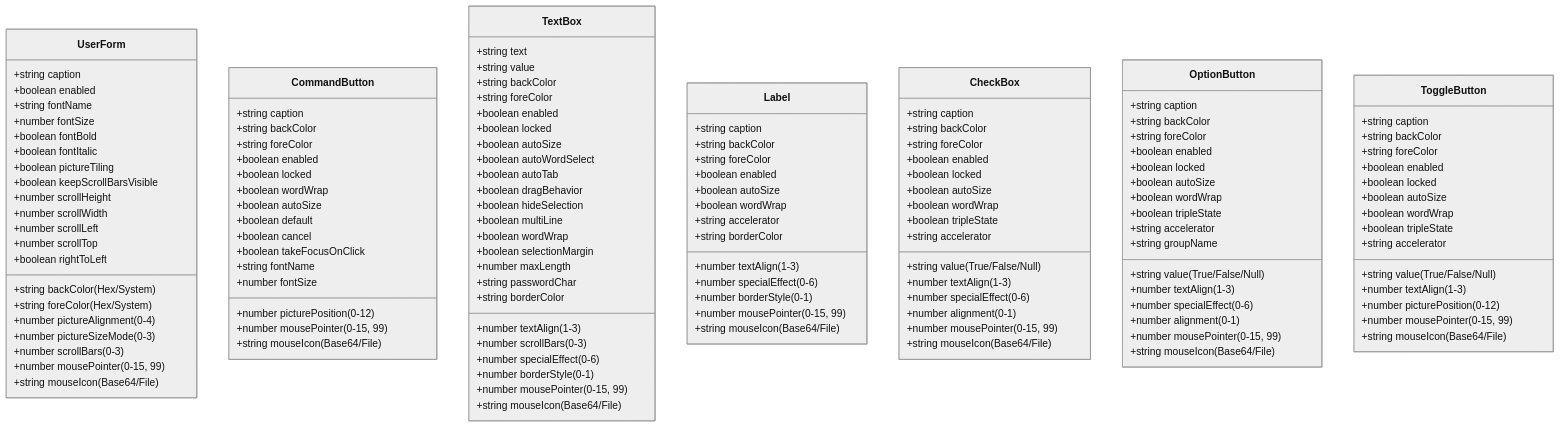
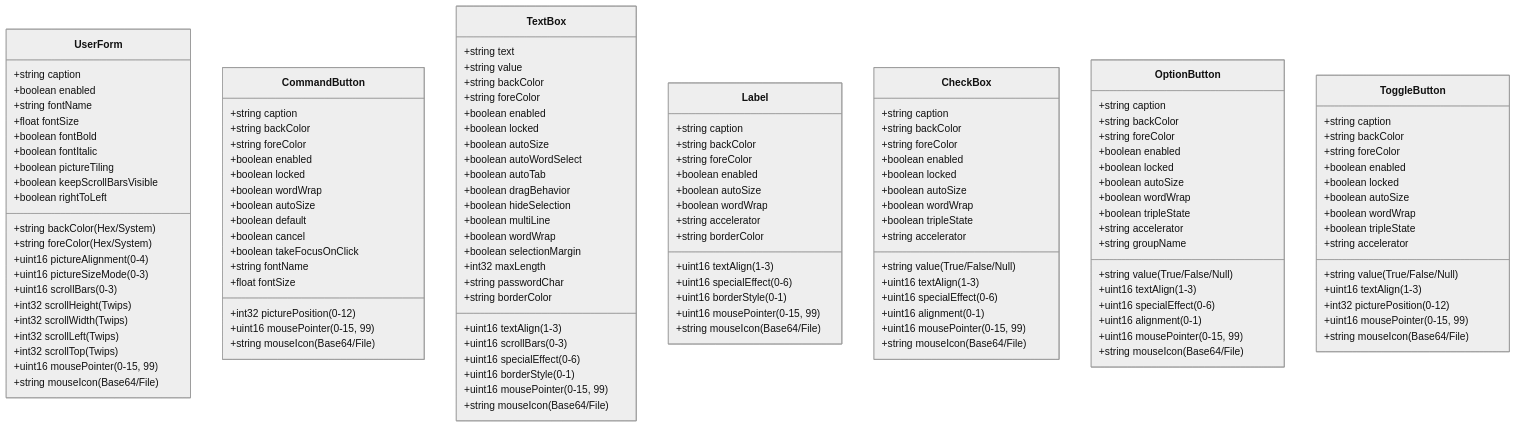
The first of 2 diagrams in docs/supported-controls.md (viktormax3/vba-macro-project), drawn with Mermaid (neutral theme) before and after one commit. The commit also changed other lines of this file, not shown here.

Commit message:
docs: refine numeric types to exact bit bounds (int32, uint16, float)

````diff
--- a/docs/supported-controls.md
+++ b/docs/supported-controls.md
@@ -14,20 +14,20 @@
         +string foreColor (Hex/System)
         +boolean enabled
         +string fontName
-        +number fontSize
+        +float fontSize
         +boolean fontBold
         +boolean fontItalic
-        +number pictureAlignment (0-4)
-        +number pictureSizeMode (0-3)
+        +uint16 pictureAlignment (0-4)
+        +uint16 pictureSizeMode (0-3)
         +boolean pictureTiling
-        +number scrollBars (0-3)
+        +uint16 scrollBars (0-3)
         +boolean keepScrollBarsVisible
-        +number scrollHeight
-        +number scrollWidth
-        +number scrollLeft
-        +number scrollTop
+        +int32 scrollHeight (Twips)
+        +int32 scrollWidth (Twips)
+        +int32 scrollLeft (Twips)
+        +int32 scrollTop (Twips)
         +boolean rightToLeft
-        +number mousePointer (0-15, 99)
+        +uint16 mousePointer (0-15, 99)
         +string mouseIcon (Base64/File)
     }
 
@@ -43,9 +43,9 @@
         +boolean cancel
         +boolean takeFocusOnClick
         +string fontName
-        +number fontSize
-        +number picturePosition (0-12)
-        +number mousePointer (0-15, 99)
+        +float fontSize
+        +int32 picturePosition (0-12)
+        +uint16 mousePointer (0-15, 99)
         +string mouseIcon (Base64/File)
     }
 
@@ -64,14 +64,14 @@
         +boolean multiLine
         +boolean wordWrap
         +boolean selectionMargin
-        +number maxLength
+        +int32 maxLength
         +string passwordChar
-        +number textAlign (1-3)
-        +number scrollBars (0-3)
-        +number specialEffect (0-6)
-        +number borderStyle (0-1)
+        +uint16 textAlign (1-3)
+        +uint16 scrollBars (0-3)
+        +uint16 specialEffect (0-6)
+        +uint16 borderStyle (0-1)
         +string borderColor
-        +number mousePointer (0-15, 99)
+        +uint16 mousePointer (0-15, 99)
         +string mouseIcon (Base64/File)
     }
 
@@ -83,11 +83,11 @@
         +boolean autoSize
         +boolean wordWrap
         +string accelerator
-        +number textAlign (1-3)
-        +number specialEffect (0-6)
-        +number borderStyle (0-1)
+        +uint16 textAlign (1-3)
+        +uint16 specialEffect (0-6)
+        +uint16 borderStyle (0-1)
         +string borderColor
-        +number mousePointer (0-15, 99)
+        +uint16 mousePointer (0-15, 99)
         +string mouseIcon (Base64/File)
     }
 
@@ -102,10 +102,10 @@
         +boolean wordWrap
         +boolean tripleState
         +string accelerator
-        +number textAlign (1-3)
-        +number specialEffect (0-6)
-        +number alignment (0-1)
-        +number mousePointer (0-15, 99)
+        +uint16 textAlign (1-3)
+        +uint16 specialEffect (0-6)
+        +uint16 alignment (0-1)
+        +uint16 mousePointer (0-15, 99)
         +string mouseIcon (Base64/File)
     }
 
@@ -120,11 +120,11 @@
         +boolean wordWrap
         +boolean tripleState
         +string accelerator
-        +number textAlign (1-3)
-        +number specialEffect (0-6)
-        +number alignment (0-1)
+        +uint16 textAlign (1-3)
+        +uint16 specialEffect (0-6)
+        +uint16 alignment (0-1)
         +string groupName
-        +number mousePointer (0-15, 99)
+        +uint16 mousePointer (0-15, 99)
         +string mouseIcon (Base64/File)
     }
 
@@ -139,9 +139,9 @@
         +boolean wordWrap
         +boolean tripleState
         +string accelerator
-        +number textAlign (1-3)
-        +number picturePosition (0-12)
-        +number mousePointer (0-15, 99)
+        +uint16 textAlign (1-3)
+        +int32 picturePosition (0-12)
+        +uint16 mousePointer (0-15, 99)
         +string mouseIcon (Base64/File)
     }
 ```
````
